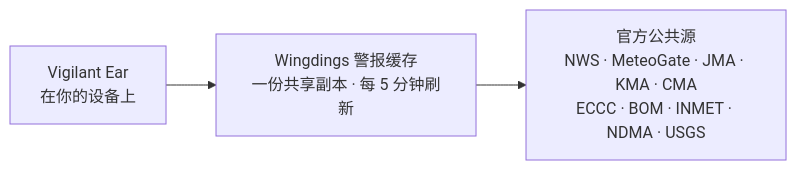
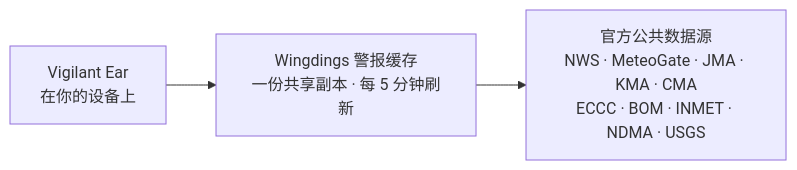
One commit to rpalm01-star/VigilantEarLegal changed the fourth of 4 diagrams in README_zh-Hans.md. Above: the diagram before and after it, drawn with Mermaid. The commit also changed other lines of this file and 29 other files, not shown here.

````diff
--- a/README_zh-Hans.md
+++ b/README_zh-Hans.md
@@ -162,5 +171,5 @@
 ```mermaid
 graph LR
     P1["Vigilant Ear<br/>在你的设备上"] --> W["Wingdings 警报缓存<br/>一份共享副本 · 每 5 分钟刷新"]
-    W --> N["官方公共源<br/>NWS · MeteoGate · JMA · KMA · CMA<br/>ECCC · BOM · INMET · NDMA · USGS"]
+    W --> N["官方公共数据源<br/>NWS · MeteoGate · JMA · KMA · CMA<br/>ECCC · BOM · INMET · NDMA · USGS"]
 ```
````
